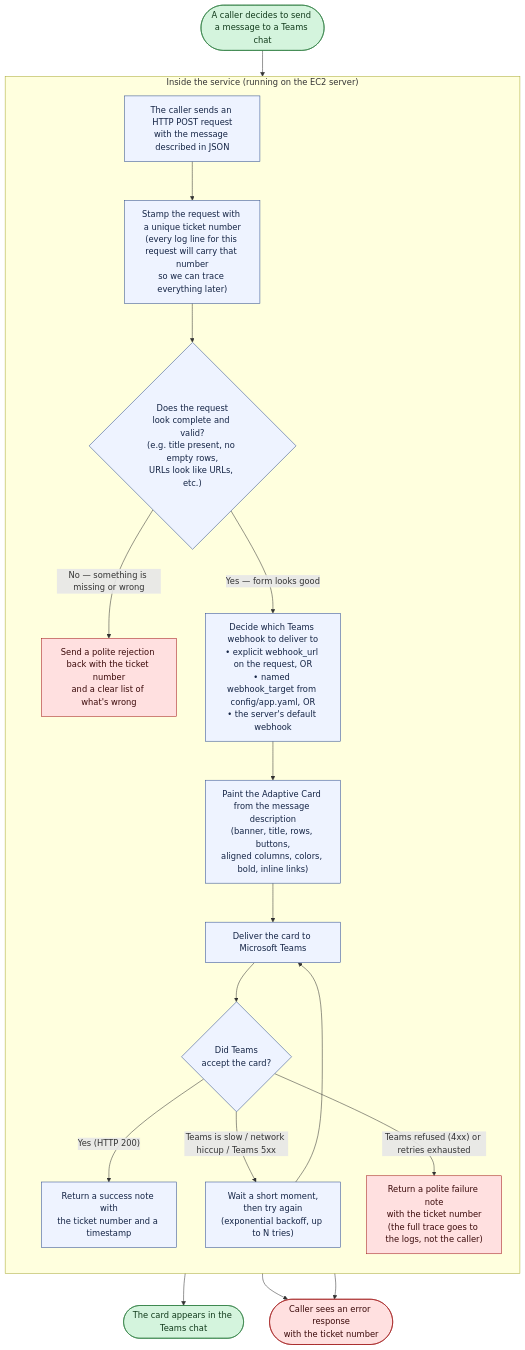
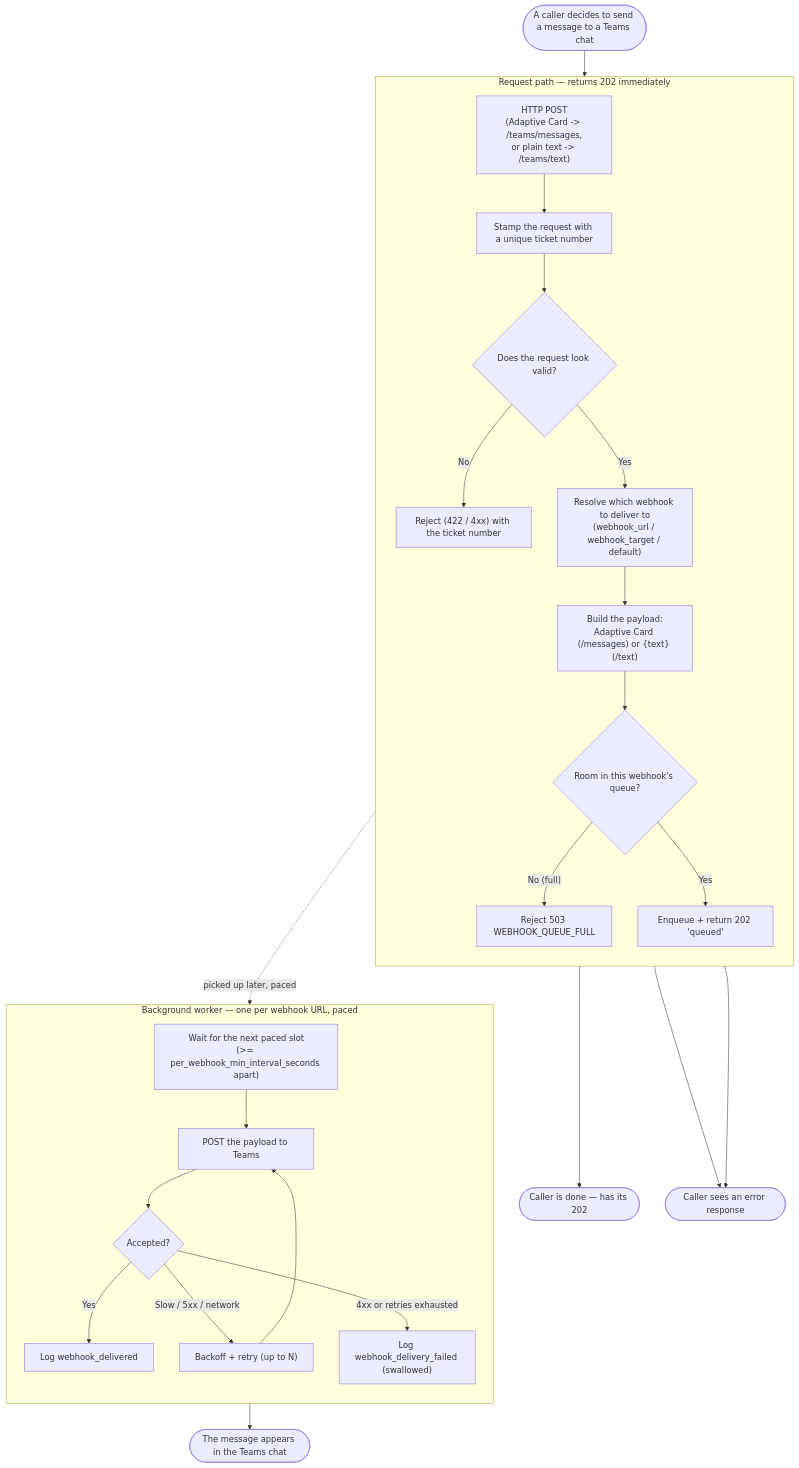
Before and after one commit to AnsImran/instant_messages_microservice: the first of 2 diagrams in README.md, drawn with Mermaid. The commit also changed other lines of this file and 13 other files, not shown here.

First line of the commit message:
Add per-webhook outbound queue + plain-text /text endpoint

````diff
--- a/README.md
+++ b/README.md
@@ -13,31 +20,35 @@
 ```mermaid
 flowchart TD
     start(["A caller decides to send a message to a Teams chat"])
-    start --> post["The caller sends an HTTP POST request<br/>with the message described in JSON"]
+    start --> post["HTTP POST<br/>(Adaptive Card -> /teams/messages,<br/>or plain text -> /teams/text)"]
 
-    subgraph service ["Inside the service (running on the EC2 server)"]
+    subgraph service ["Request path — returns 202 immediately"]
       direction TB
-      post   --> stamp["Stamp the request with a unique ticket number<br/>(every log line for this request will carry that number<br/>so we can trace everything later)"]
-      stamp  --> check{"Does the request<br/>look complete and valid?<br/>(e.g. title present, no empty rows,<br/>URLs look like URLs, etc.)"}
-      check  -- "No — something is missing or wrong" --> rejectBad["Send a polite rejection back with the ticket number<br/>and a clear list of what's wrong"]
-      check  -- "Yes — form looks good" --> pickWebhook["Decide which Teams webhook to deliver to<br/>• explicit webhook_url on the request, OR<br/>• named webhook_target from config/app.yaml, OR<br/>• the server's default webhook"]
-      pickWebhook --> paint["Paint the Adaptive Card from the message description<br/>(banner, title, rows, buttons,<br/>aligned columns, colors, bold, inline links)"]
-      paint  --> deliver["Deliver the card to Microsoft Teams"]
-      deliver --> teamsAnswer{"Did Teams<br/>accept the card?"}
-      teamsAnswer -- "Yes (HTTP 200)" --> ok["Return a success note with<br/>the ticket number and a timestamp"]
-      teamsAnswer -- "Teams is slow / network hiccup / Teams 5xx" --> retry["Wait a short moment,<br/>then try again<br/>(exponential backoff, up to N tries)"]
-      retry --> deliver
-      teamsAnswer -- "Teams refused (4xx) or retries exhausted" --> rejectDown["Return a polite failure note<br/>with the ticket number<br/>(the full trace goes to the logs, not the caller)"]
+      post   --> stamp["Stamp the request with a unique ticket number"]
+      stamp  --> check{"Does the request look valid?"}
+      check  -- "No" --> rejectBad["Reject (422 / 4xx) with the ticket number"]
+      check  -- "Yes" --> pickWebhook["Resolve which webhook to deliver to<br/>(webhook_url / webhook_target / default)"]
+      pickWebhook --> build["Build the payload:<br/>Adaptive Card (/messages) or {text} (/text)"]
+      build  --> enqueue{"Room in this webhook's queue?"}
+      enqueue -- "No (full)" --> q503["Reject 503 WEBHOOK_QUEUE_FULL"]
+      enqueue -- "Yes" --> accepted["Enqueue + return 202 'queued'"]
     end
 
-    ok          --> land(["The card appears in the Teams chat"])
-    rejectBad   --> sawError(["Caller sees an error response<br/>with the ticket number"])
-    rejectDown  --> sawError
+    accepted --> caller(["Caller is done — has its 202"])
 
-    classDef happy fill:#d4f4dd,stroke:#2a7a3d,color:#113a1b
-    classDef bad   fill:#ffe0e0,stroke:#a11818,color:#3b0a0a
-    classDef step  fill:#eef3ff,stroke:#2b4a8f,color:#142445
-    class start,land happy
-    class rejectBad,rejectDown,sawError bad
-    class stamp,check,pickWebhook,paint,deliver,teamsAnswer,retry,ok,post step
+    subgraph worker ["Background worker — one per webhook URL, paced"]
+      direction TB
+      slot["Wait for the next paced slot<br/>(>= per_webhook_min_interval_seconds apart)"]
+      slot --> deliver["POST the payload to Teams"]
+      deliver --> teamsAnswer{"Accepted?"}
+      teamsAnswer -- "Yes" --> logok["Log webhook_delivered"]
+      teamsAnswer -- "Slow / 5xx / network" --> retry["Backoff + retry (up to N)"]
+      retry --> deliver
+      teamsAnswer -- "4xx or retries exhausted" --> logfail["Log webhook_delivery_failed (swallowed)"]
+    end
+
+    accepted -. "picked up later, paced" .-> slot
+    logok --> land(["The message appears in the Teams chat"])
+    rejectBad --> sawError(["Caller sees an error response"])
+    q503 --> sawError
 ```
````
